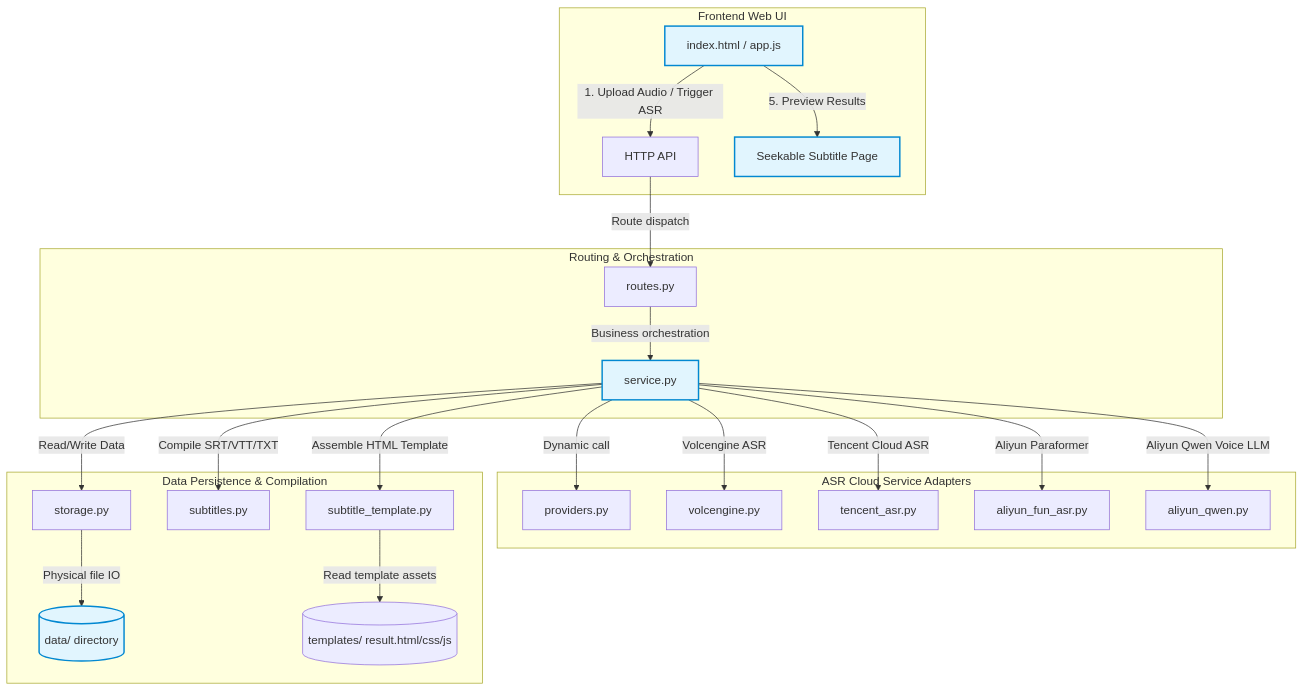
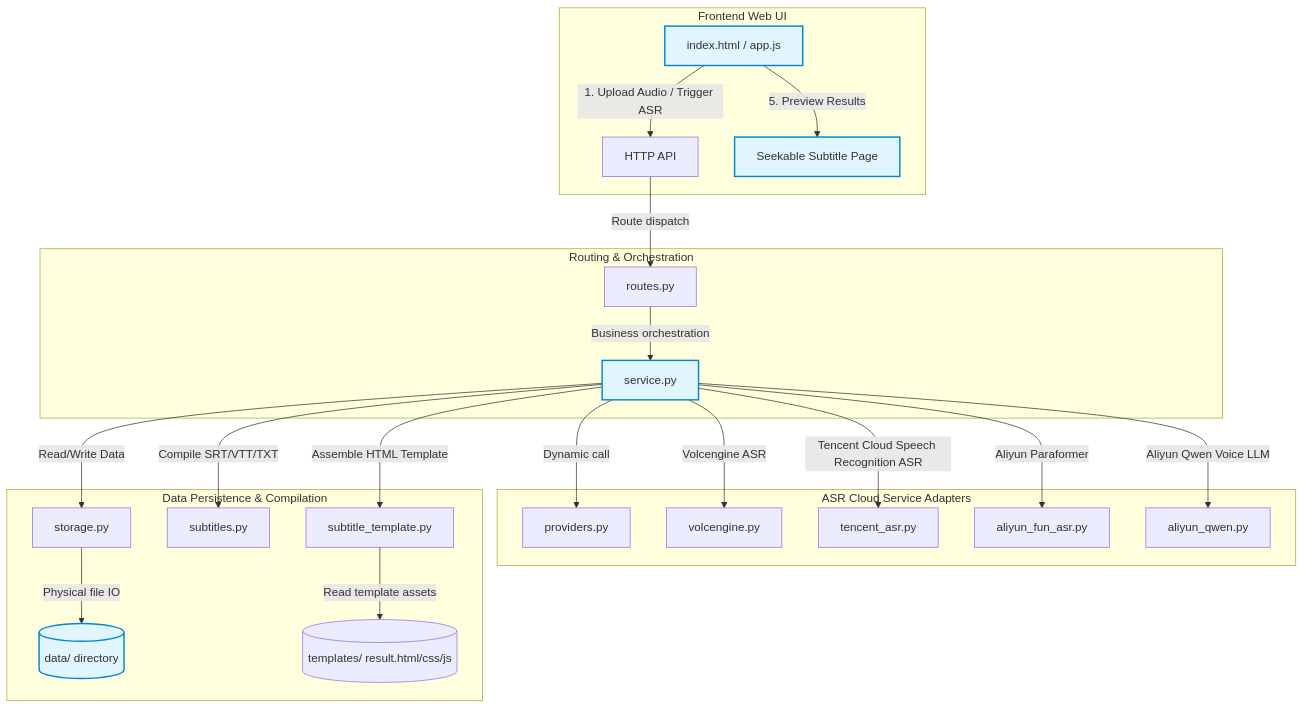
The diagram in README.en.md (XavierWang3P/listening-scribe), drawn with Mermaid before and after one commit. The commit also changed other lines of this file and 8 other files, not shown here.

Commit message:
refactor: change Tencent Cloud references to Tencent Cloud Speech Recognition in front-end and comments

````diff
--- a/README.en.md
+++ b/README.en.md
@@ -19,35 +19,35 @@
 ```mermaid
 graph TD
     %% Frontend Layer
     subgraph Frontend [Frontend Web UI]
         UI[index.html / app.js] -->|1. Upload Audio / Trigger ASR| API[HTTP API]
         UI -->|5. Preview Results| SubHTML[Seekable Subtitle Page]
     end
 
     %% Routing Layer
     subgraph Control [Routing & Orchestration]
         API -->|Route dispatch| Routes[routes.py]
         Routes -->|Business orchestration| Service[service.py]
     end
 
     %% Providers Layer
     subgraph Adapters [ASR Cloud Service Adapters]
         Service -->|Dynamic call| Providers[providers.py]
         Service -->|Volcengine ASR| Volc[volcengine.py]
-        Service -->|Tencent Cloud ASR| Tencent[tencent_asr.py]
+        Service -->|Tencent Cloud Speech Recognition ASR| Tencent[tencent_asr.py]
         Service -->|Aliyun Paraformer| AliFun[aliyun_fun_asr.py]
         Service -->|Aliyun Qwen Voice LLM| AliQwen[aliyun_qwen.py]
     end
 
     %% Storage & Output Layer
     subgraph Storage [Data Persistence & Compilation]
         Service -->|Read/Write Data| StorageMgr[storage.py]
         StorageMgr -->|Physical file IO| Disk[(data/ directory)]
         Service -->|Compile SRT/VTT/TXT| Subtitles[subtitles.py]
         Service -->|Assemble HTML Template| SubTmpl[subtitle_template.py]
         SubTmpl -->|Read template assets| TmplSrc[(templates/ result.html/css/js)]
     end
 
     classDef highlight fill:#e1f5fe,stroke:#0288d1,stroke-width:2px;
     class UI,SubHTML,Service,Disk highlight;
 ```
````
